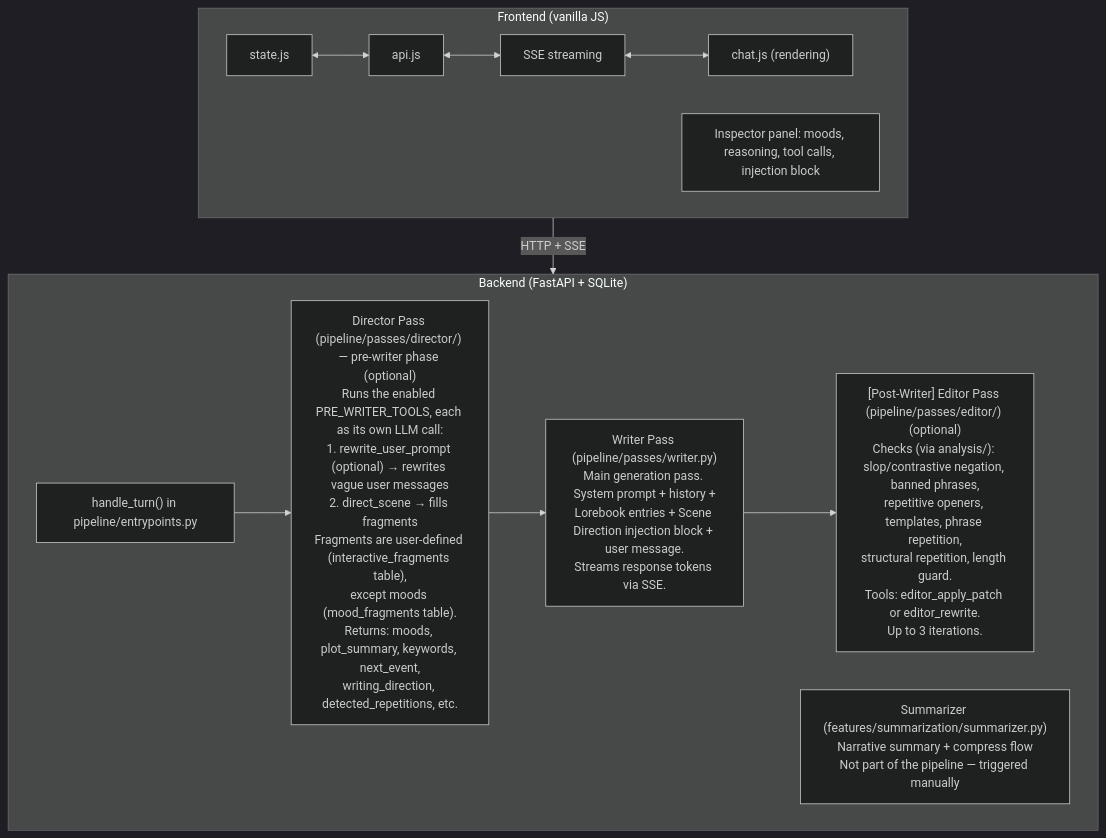
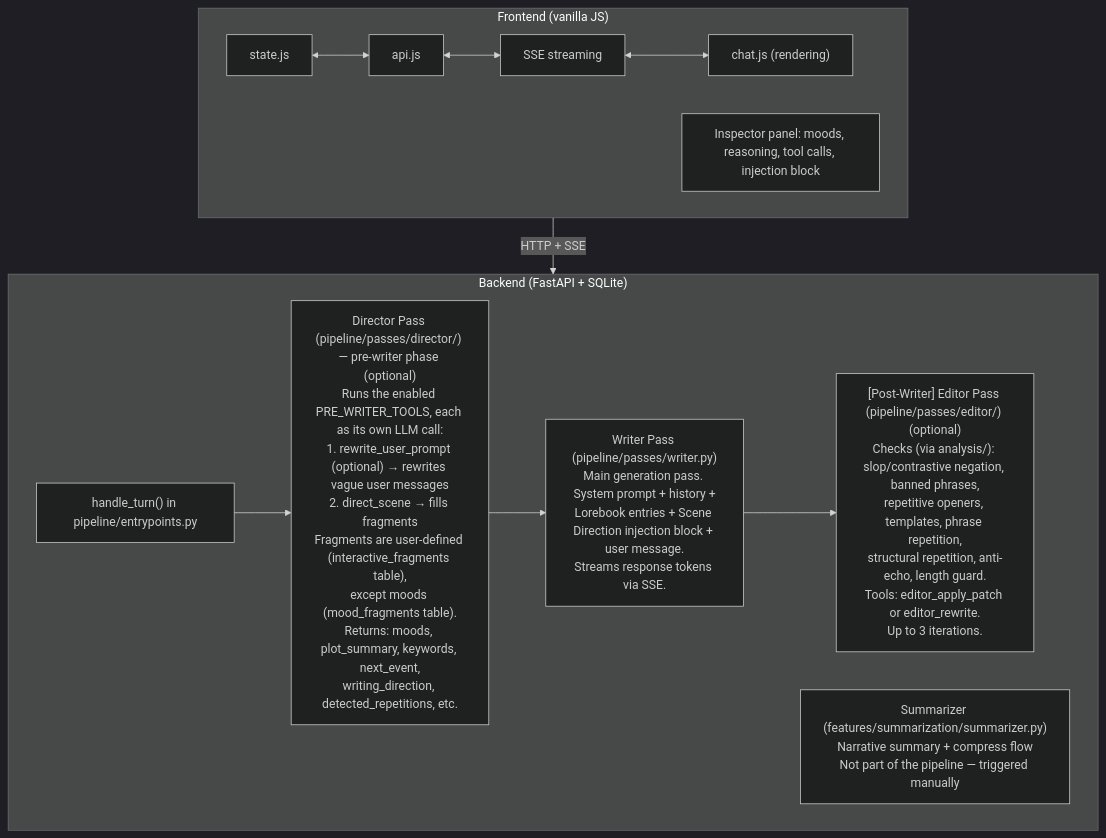
One commit to hpnyaggerman/Orb changed the first of 4 diagrams in AGENTS.md. Above: the diagram before and after it, drawn with Mermaid (dark theme). The commit also changed other lines of this file and 16 other files, not shown here.

Commit message:
anti-echo

````diff
--- a/AGENTS.md
+++ b/AGENTS.md
@@ -17,22 +17,22 @@
 ```mermaid
 graph TD
     subgraph Frontend ["Frontend (vanilla JS)"]
         state["state.js"] <--> api["api.js"]
         api <--> sse["SSE streaming"]
         sse <--> chat["chat.js (rendering)"]
         inspector["Inspector panel: moods, reasoning, tool calls, injection block"]
     end
 
     subgraph Backend ["Backend (FastAPI + SQLite)"]
         orch["handle_turn() in pipeline/entrypoints.py"]
 
         dir["Director Pass (pipeline/passes/director/) — pre-writer phase (optional)<br/>Runs the enabled PRE_WRITER_TOOLS, each as its own LLM call:<br/>1. rewrite_user_prompt (optional) → rewrites vague user messages<br/>2. direct_scene → fills fragments<br/>Fragments are user-defined (interactive_fragments table),<br/>except moods (mood_fragments table).<br/>Returns: moods, plot_summary, keywords, next_event,<br/>writing_direction, detected_repetitions, etc."]
         writer["Writer Pass (pipeline/passes/writer.py)<br/>Main generation pass. System prompt + history +<br/>Lorebook entries + Scene Direction injection block + user message.<br/>Streams response tokens via SSE."]
-        editor["[Post-Writer] Editor Pass (pipeline/passes/editor/) (optional)<br/>Checks (via analysis/): slop/contrastive negation, banned phrases,<br/>repetitive openers, templates, phrase repetition,<br/>structural repetition, length guard.<br/>Tools: editor_apply_patch or editor_rewrite.<br/>Up to 3 iterations."]
+        editor["[Post-Writer] Editor Pass (pipeline/passes/editor/) (optional)<br/>Checks (via analysis/): slop/contrastive negation, banned phrases,<br/>repetitive openers, templates, phrase repetition,<br/>structural repetition, anti-echo, length guard.<br/>Tools: editor_apply_patch or editor_rewrite.<br/>Up to 3 iterations."]
         summarizer["Summarizer (features/summarization/summarizer.py)<br/>Narrative summary + compress flow<br/>Not part of the pipeline — triggered manually"]
 
         orch --> dir --> writer --> editor
     end
 
     Frontend -- "HTTP + SSE" --> Backend
 ```
````
